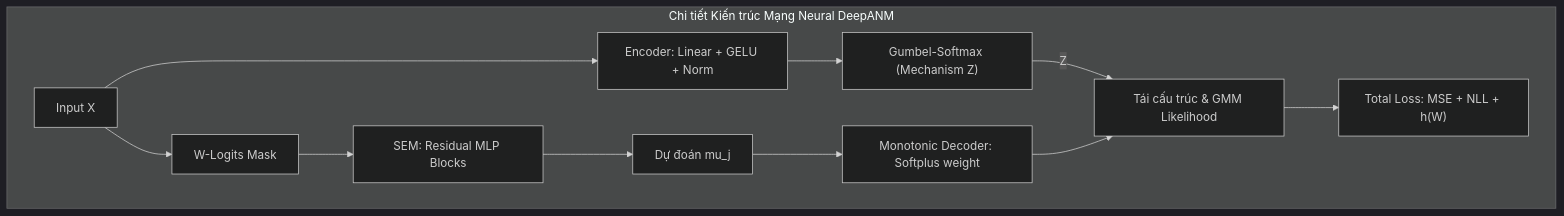
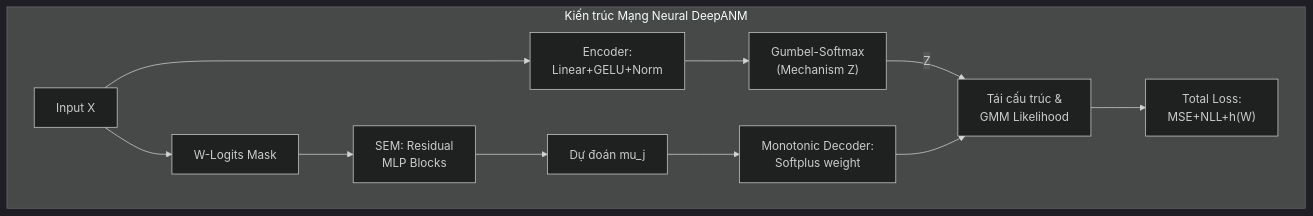
Before and after one commit to manhthai1706/DeepANM: the third of 5 diagrams in docx/Chuong3_MoHinhDeepANM.md, drawn with Mermaid (dark theme). The commit also changed other lines of this file, not shown here.

Commit message:
docs: optimize all mermaid diagrams for vertical stacking with line breaks

````diff
--- a/docx/Chuong3_MoHinhDeepANM.md
+++ b/docx/Chuong3_MoHinhDeepANM.md
@@ -133,17 +133,17 @@
 ```mermaid
 graph TD
-    subgraph MLP_Architect ["Chi tiết Kiến trúc Mạng Neural DeepANM"]
-        In["Input X"] --> En_Net["Encoder: Linear + GELU + Norm"]
-        En_Net --> Gumbel["Gumbel-Softmax (Mechanism Z)"]
+    subgraph MLP_Architect ["Kiến trúc Mạng Neural DeepANM"]
+        In["Input X"] --> En_Net["Encoder:<br/>Linear+GELU+Norm"]
+        En_Net --> Gumbel["Gumbel-Softmax<br/>(Mechanism Z)"]
         
         In --> Mask["W-Logits Mask"]
-        Mask --> SEM_Res["SEM: Residual MLP Blocks"]
+        Mask --> SEM_Res["SEM: Residual<br/>MLP Blocks"]
         SEM_Res --> mu["Dự đoán mu_j"]
         
-        mu --> Decoder["Monotonic Decoder: Softplus weight"]
-        Gumbel -->|Z| Final["Tái cấu trúc & GMM Likelihood"]
+        mu --> Decoder["Monotonic Decoder:<br/>Softplus weight"]
+        Gumbel -->|Z| Final["Tái cấu trúc &<br/>GMM Likelihood"]
         Decoder --> Final
         
-        Final --> Loss["Total Loss: MSE + NLL + h(W)"]
+        Final --> Loss["Total Loss:<br/>MSE+NLL+h(W)"]
     end
 ```
````
